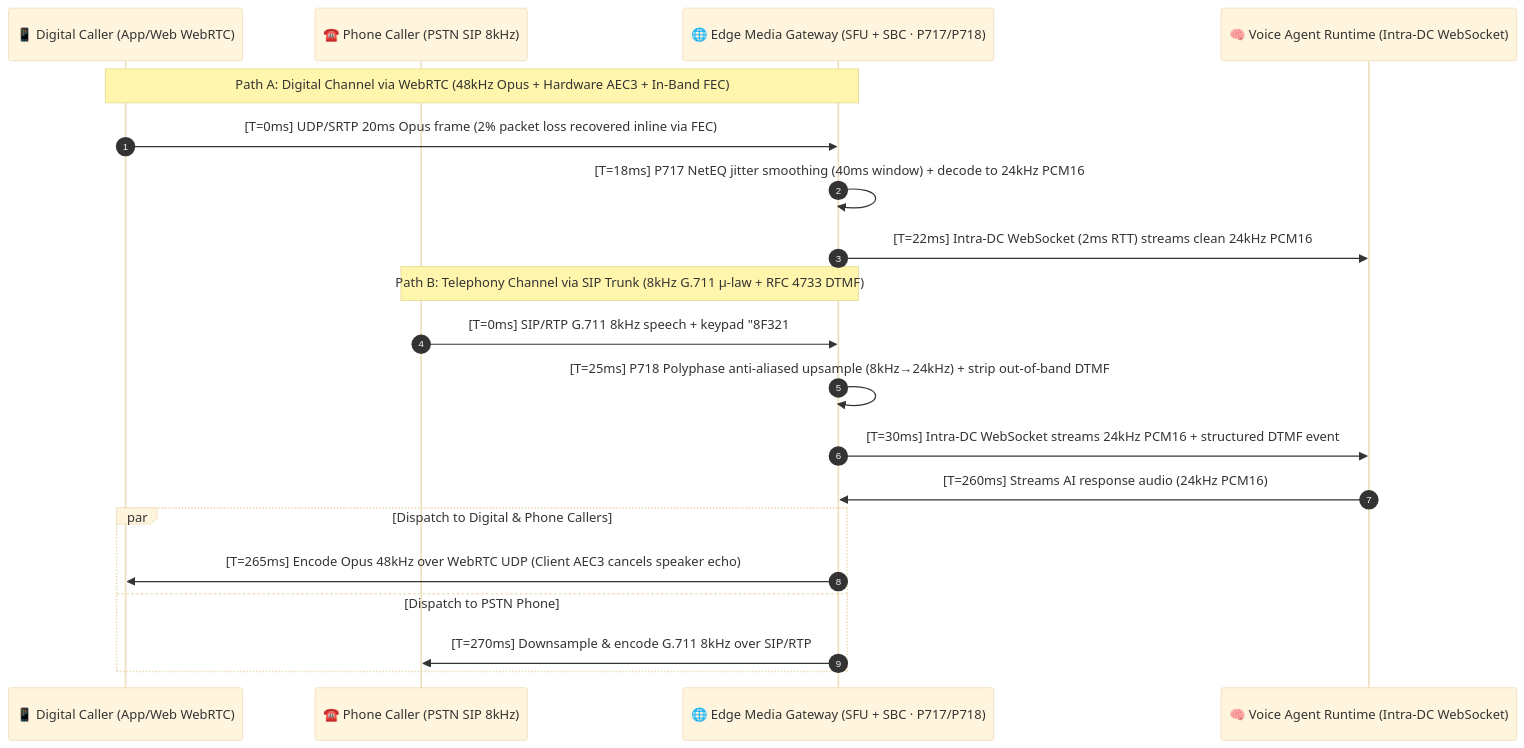
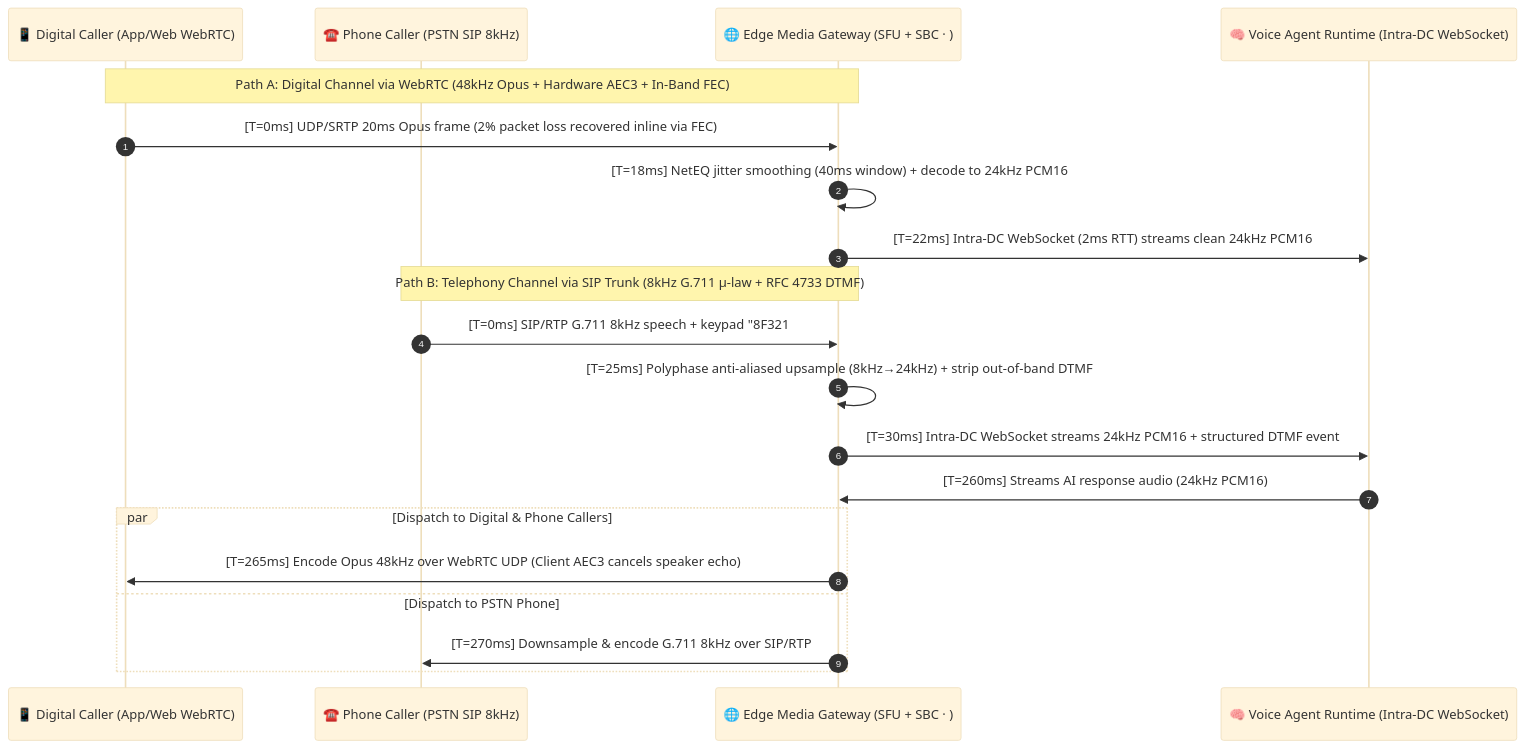
Before and after one commit to turbo998/voice-agent-lab: the third of 3 diagrams in docs/webrtc-vs-websocket-vs-sip-ingress-selection-faq.en.md, drawn with Mermaid (base theme). The commit also changed other lines of this file and 715 other files, not shown here.

First line of the commit message:
chore: curate Enterprise Voice AI SA deliverables and purge non-SA RFC/industrial bloat

````diff
--- a/docs/webrtc-vs-websocket-vs-sip-ingress-selection-faq.en.md
+++ b/docs/webrtc-vs-websocket-vs-sip-ingress-selection-faq.en.md
@@ -154,25 +154,25 @@
 ```mermaid
 sequenceDiagram
-    autonumber
-    participant App as 📱 Digital Caller (App/Web WebRTC)
-    participant Phone as ☎️ Phone Caller (PSTN SIP 8kHz)
-    participant Edge as 🌐 Edge Media Gateway (SFU + SBC · P717/P718)
-    participant Model as 🧠 Voice Agent Runtime (Intra-DC WebSocket)
+ autonumber
+ participant App as 📱 Digital Caller (App/Web WebRTC)
+ participant Phone as ☎️ Phone Caller (PSTN SIP 8kHz)
+ participant Edge as 🌐 Edge Media Gateway (SFU + SBC · )
+ participant Model as 🧠 Voice Agent Runtime (Intra-DC WebSocket)
 
-    Note over App,Edge: Path A: Digital Channel via WebRTC (48kHz Opus + Hardware AEC3 + In-Band FEC)
-    App->>Edge: [T=0ms] UDP/SRTP 20ms Opus frame (2% packet loss recovered inline via FEC)
-    Edge->>Edge: [T=18ms] P717 NetEQ jitter smoothing (40ms window) + decode to 24kHz PCM16
-    Edge->>Model: [T=22ms] Intra-DC WebSocket (2ms RTT) streams clean 24kHz PCM16
+ Note over App,Edge: Path A: Digital Channel via WebRTC (48kHz Opus + Hardware AEC3 + In-Band FEC)
+ App->>Edge: [T=0ms] UDP/SRTP 20ms Opus frame (2% packet loss recovered inline via FEC)
+ Edge->>Edge: [T=18ms] NetEQ jitter smoothing (40ms window) + decode to 24kHz PCM16
+ Edge->>Model: [T=22ms] Intra-DC WebSocket (2ms RTT) streams clean 24kHz PCM16
 
-    Note over Phone,Edge: Path B: Telephony Channel via SIP Trunk (8kHz G.711 μ-law + RFC 4733 DTMF)
-    Phone->>Edge: [T=0ms] SIP/RTP G.711 8kHz speech + keypad "8F321#" (RFC 4733 RTP Event)
-    Edge->>Edge: [T=25ms] P718 Polyphase anti-aliased upsample (8kHz→24kHz) + strip out-of-band DTMF
-    Edge->>Model: [T=30ms] Intra-DC WebSocket streams 24kHz PCM16 + structured DTMF event
+ Note over Phone,Edge: Path B: Telephony Channel via SIP Trunk (8kHz G.711 μ-law + RFC 4733 DTMF)
+ Phone->>Edge: [T=0ms] SIP/RTP G.711 8kHz speech + keypad "8F321#" (RFC 4733 RTP Event)
+ Edge->>Edge: [T=25ms] Polyphase anti-aliased upsample (8kHz→24kHz) + strip out-of-band DTMF
+ Edge->>Model: [T=30ms] Intra-DC WebSocket streams 24kHz PCM16 + structured DTMF event
 
-    Model->>Edge: [T=260ms] Streams AI response audio (24kHz PCM16)
-    par Dispatch to Digital & Phone Callers
-        Edge->>App: [T=265ms] Encode Opus 48kHz over WebRTC UDP (Client AEC3 cancels speaker echo)
-    and Dispatch to PSTN Phone
-        Edge->>Phone: [T=270ms] Downsample & encode G.711 8kHz over SIP/RTP
-    end
+ Model->>Edge: [T=260ms] Streams AI response audio (24kHz PCM16)
+ par Dispatch to Digital & Phone Callers
+ Edge->>App: [T=265ms] Encode Opus 48kHz over WebRTC UDP (Client AEC3 cancels speaker echo)
+ and Dispatch to PSTN Phone
+ Edge->>Phone: [T=270ms] Downsample & encode G.711 8kHz over SIP/RTP
+ end
 ```
````
